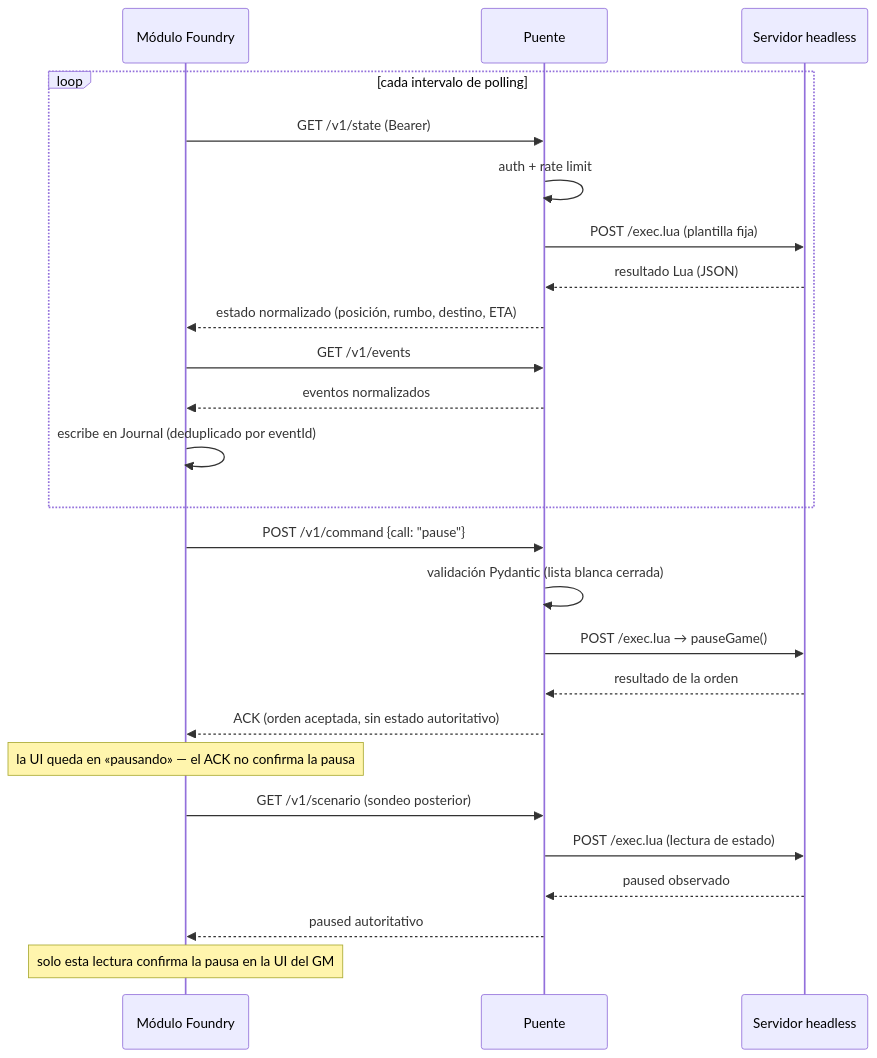
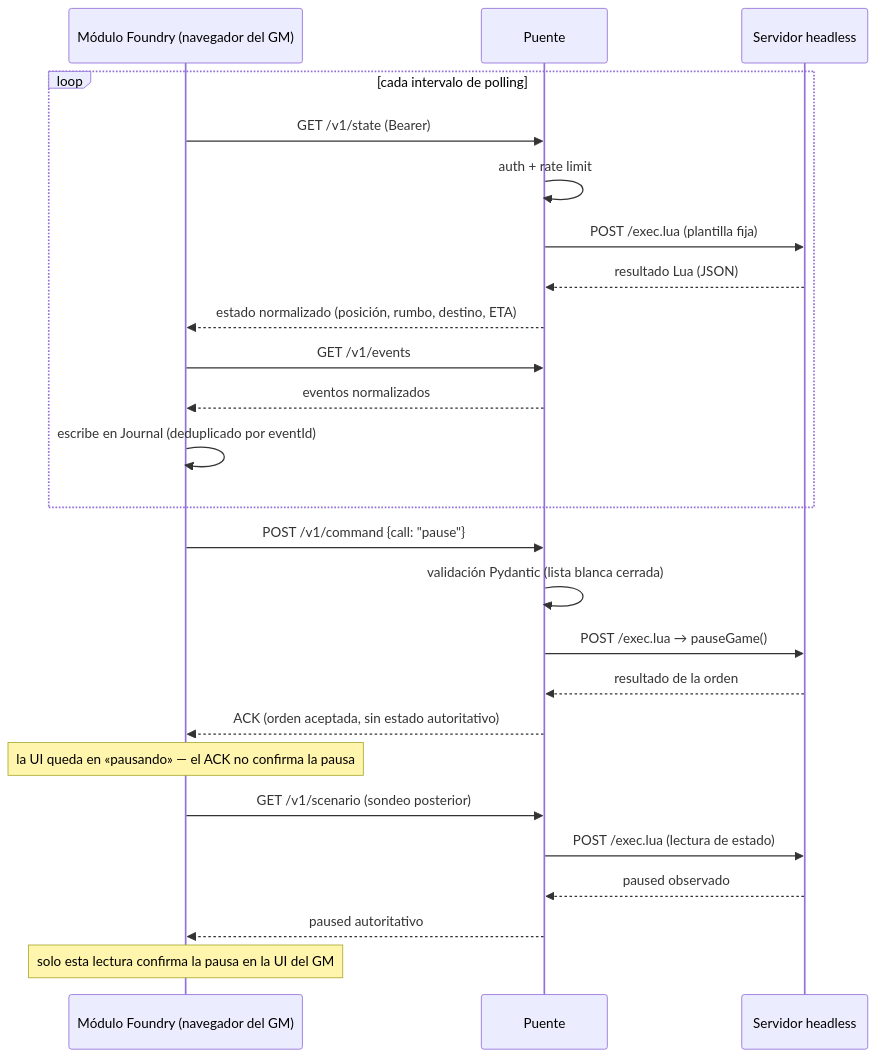
Before and after one commit to EspacioKoop/espaciokooplagunak: the fourth of 4 diagrams in docs/ARQUITECTURA.md, drawn with Mermaid. The commit also changed other lines of this file and 1 other file, not shown here.

Commit message:
docs: show browser boundary for Foundry bridge

````diff
--- a/docs/ARQUITECTURA.md
+++ b/docs/ARQUITECTURA.md
@@ -110,29 +113,29 @@
 ```mermaid
 sequenceDiagram
-    participant F as Módulo Foundry
+    participant F as Módulo Foundry (navegador del GM)
     participant B as Puente
     participant G as Servidor headless
 
     loop cada intervalo de polling
         F->>B: GET /v1/state (Bearer)
         B->>B: auth + rate limit
         B->>G: POST /exec.lua (plantilla fija)
         G-->>B: resultado Lua (JSON)
         B-->>F: estado normalizado (posición, rumbo, destino, ETA)
         F->>B: GET /v1/events
         B-->>F: eventos normalizados
         F->>F: escribe en Journal (deduplicado por eventId)
     end
 
     F->>B: POST /v1/command {call: "pause"}
     B->>B: validación Pydantic (lista blanca cerrada)
     B->>G: POST /exec.lua → pauseGame()
     G-->>B: resultado de la orden
     B-->>F: ACK (orden aceptada, sin estado autoritativo)
     Note over F: la UI queda en «pausando» — el ACK no confirma la pausa
     F->>B: GET /v1/scenario (sondeo posterior)
     B->>G: POST /exec.lua (lectura de estado)
     G-->>B: paused observado
     B-->>F: paused autoritativo
     Note over F: solo esta lectura confirma la pausa en la UI del GM
 ```
````
